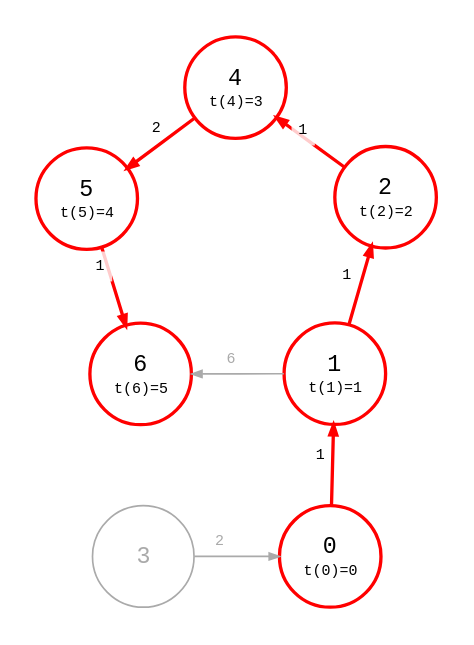
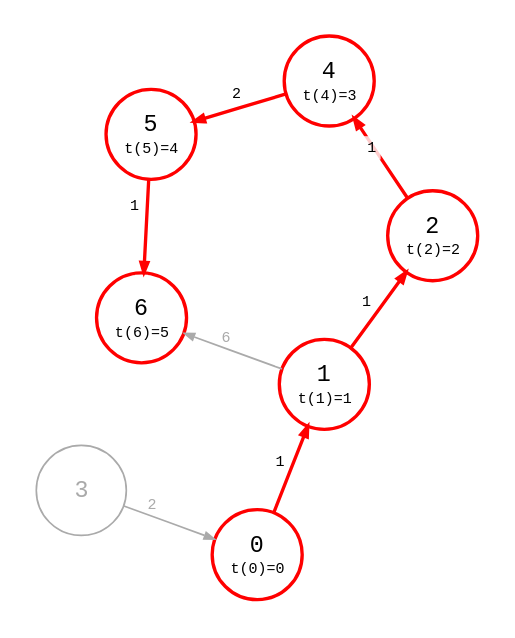
Before and after one commit to bsdrks/graaf-images: the diagram in src/dijkstra_1-0.87.4.dot, drawn with Graphviz. The commit also changed 39 other files, not shown here.

```diff
--- a/src/dijkstra_1-0.87.4.dot
+++ b/src/dijkstra_1-0.87.4.dot
@@ -1,190 +1,190 @@
 digraph {
-    node [shape=circle, fontname="monospace", fixedsize=true, width="0.85"];
+    node [shape=circle, fontname="monospace", fixedsize=true, width="0.75"];
     edge [arrowsize=0.6, fontname="monospace", fontsize=9];
     layout=neato;
     scale=1.4;
-    normalize=true;
+    // normalize=true;
     pad=0.2;
     // splines=line
 
     3 [color="#aaaaaa", fontcolor="#aaaaaa"];
     0, 1, 2, 4, 5, 6 [style=bold, color=red];
 
     0 [
         label=<
             <table border="0" cellpadding="1" cellspacing="0">
                 <tr>
                     <td>0</td>
                 </tr>
                 <tr>
                     <td><font point-size="9">t(0)=0</font></td>
                 </tr>
             </table>
         >;
         color=red;
         style=bold
     ];
 
     1 [
         label=<
             <table border="0" cellpadding="1" cellspacing="0">
                 <tr>
                     <td>1</td>
                 </tr>
                 <tr>
                     <td><font point-size="9">t(1)=1</font></td>
                 </tr>
             </table>
         >;
         color=red;
         style=bold
     ];
 
     2 [
         label=<
             <table border="0" cellpadding="1" cellspacing="0">
                 <tr>
                     <td>2</td>
                 </tr>
                 <tr>
                     <td><font point-size="9">t(2)=2</font></td>
                 </tr>
             </table>
         >;
     ];
 
     3 [
         label=<
             <table border="0" cellpadding="1" cellspacing="0">
                 <tr>
                     <td>3</td>
                 </tr>
             </table>
         >;
     ];
 
     4 [
         label=<
             <table border="0" cellpadding="1" cellspacing="0">
                 <tr>
                     <td>4</td>
                 </tr>
                 <tr>
                     <td><font point-size="9">t(4)=3</font></td>
                 </tr>
             </table>
         >;
     ];
 
     5 [
         label=<
             <table border="0" cellpadding="1" cellspacing="0">
                 <tr>
                     <td>5</td>
                 </tr>
                 <tr>
                     <td><font point-size="9">t(5)=4</font></td>
                 </tr>
             </table>
         >;
     ];
 
     6 [
         label=<
             <table border="0" cellpadding="1" cellspacing="0">
                 <tr>
                     <td>6</td>
                 </tr>
                 <tr>
                     <td><font point-size="9">t(6)=5</font></td>
                 </tr>
             </table>
         >;
     ];
 
     0 -> 1 [
         color=red;
         style=bold;
         label=<
-            <table border="0" cellpadding="4" cellspacing="0">
+            <table border="0" cellpadding="2" cellspacing="0">
                 <tr>
                     <td>1</td>
                 </tr>
             </table>
         >
     ];
 
     1 -> 2 [
         style=bold; 
         color=red; 
         label=<
-            <table border="0" cellpadding="4" cellspacing="0">
+            <table border="0" cellpadding="2" cellspacing="0">
                 <tr>
                     <td>1</td>
-                </tr>
-            </table>
-        >
-    ];
-
-    3 -> 0 [
-        color="#aaaaaa";
-        fontcolor="#aaaaaa";
-        label=<
-            <table border="0" cellpadding="4" cellspacing="0">
-                <tr>
-                    <td>2</td>
                 </tr>
             </table>
         >
     ];
 
     1 -> 6 [
         color="#aaaaaa";
         fontcolor="#aaaaaa";
         label=<
             <table border="0" cellpadding="4" cellspacing="0">
                 <tr>
                     <td>6</td>
                 </tr>
             </table>
         >
     ];
 
     2 -> 4 [
         style=bold; 
         color=red; 
         label=<
+            <table border="0" cellpadding="2" cellspacing="2">
+                <tr>
+                    <td bgcolor="#ffffffcc">1</td>
+                </tr>
+            </table>
+        >
+    ];
+
+    3 -> 0 [
+        color="#aaaaaa";
+        fontcolor="#aaaaaa";
+        label=<
             <table border="0" cellpadding="4" cellspacing="0">
                 <tr>
-                    <td bgcolor="#ffffffcc">1</td>
+                    <td>2</td>
                 </tr>
             </table>
         >
     ];
 
     4 -> 5 [
         style=bold; 
         color=red; 
         label=<
             <table border="0" cellpadding="2" cellspacing="0">
                 <tr>
                     <td>2</td>
                 </tr>
             </table>
         >
     ];
 
     5 -> 6 [
         style=bold; 
         color=red; 
         label=<
-            <table border="0" cellpadding="4" cellspacing="0">
+            <table border="0" cellpadding="2" cellspacing="2">
                 <tr>
                     <td bgcolor="#ffffffcc">1</td>
                 </tr>
             </table>
         >
     ];
 
     6 -> 3 [style=invis];
 }
```
